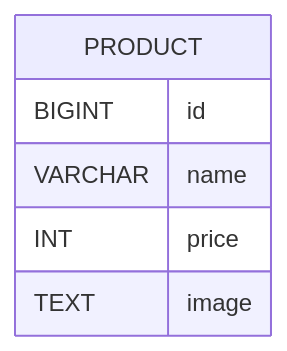
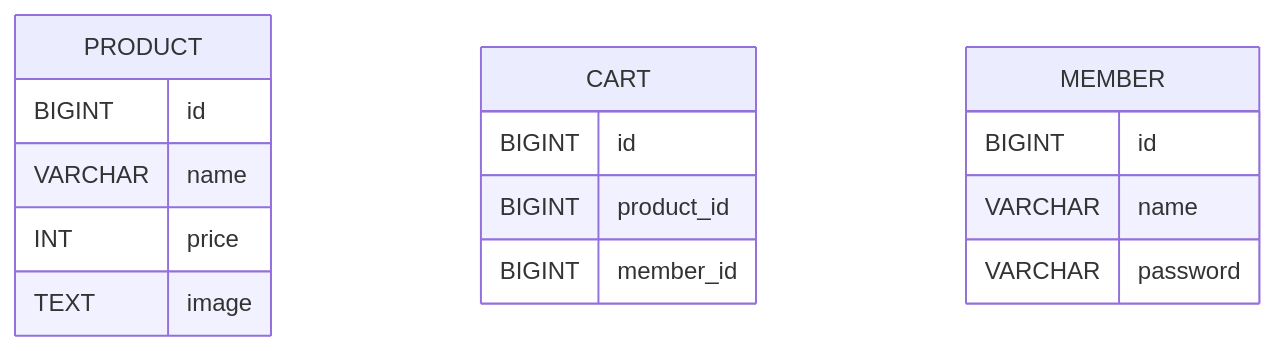
Before and after one commit to woowacourse/jwp-shopping-cart: the diagram in README.md, drawn with Mermaid. The commit also changed other lines of this file, not shown here.

````diff
--- a/README.md
+++ b/README.md
@@ -39,9 +54,21 @@
 ```mermaid
 erDiagram
     PRODUCT {
         BIGINT id
         VARCHAR name
         INT price
         TEXT image
     }
+    CART {
+        BIGINT id
+        BIGINT product_id
+        BIGINT member_id
+    }
+
+    MEMBER {
+        BIGINT id
+        VARCHAR name
+        VARCHAR password
+    }
+
 ```
````
